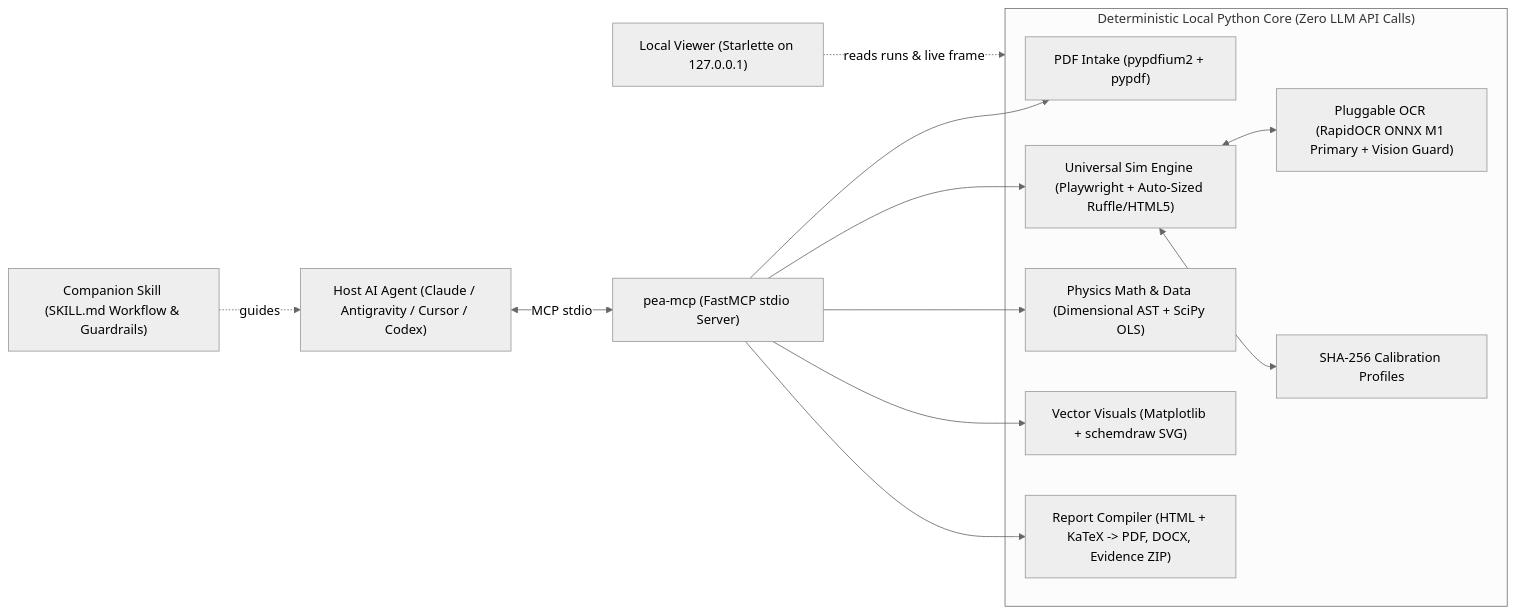
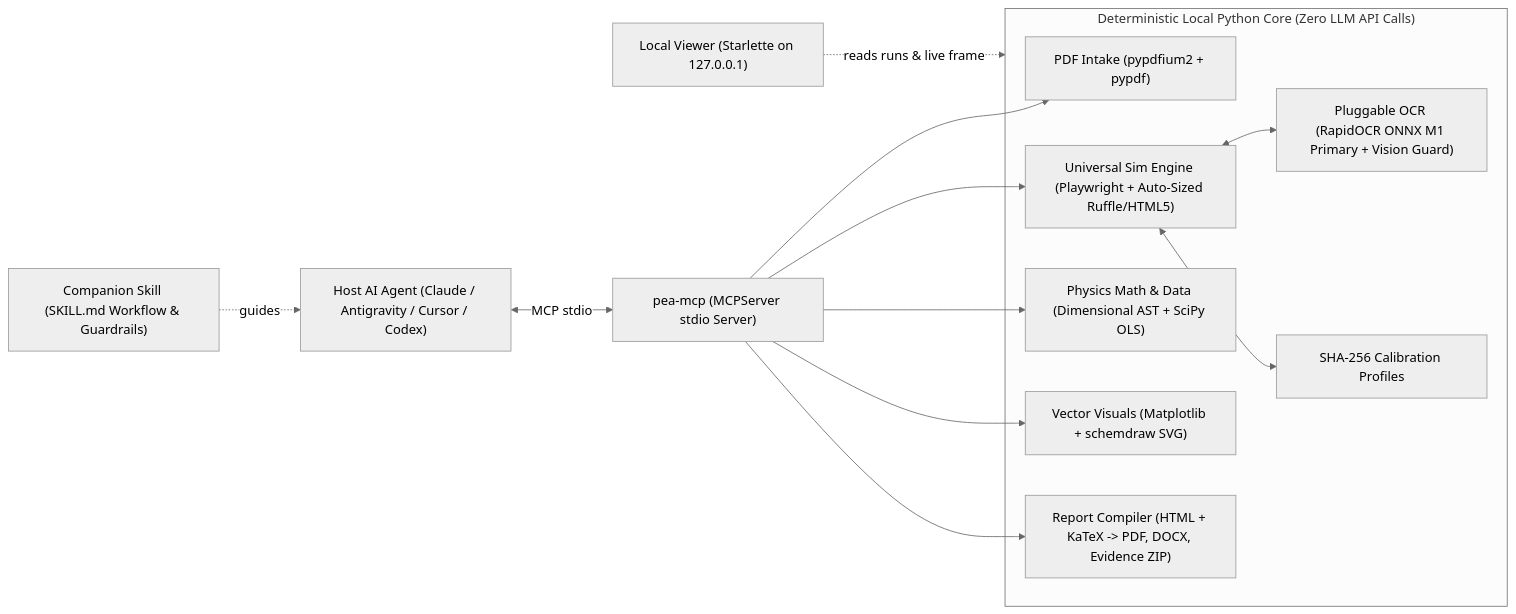
The diagram in PLAN_V2.md (Mottii/PEA), drawn with Mermaid (neutral theme) before and after one commit. The commit also changed other lines of this file and 15 other files, not shown here.

````diff
--- a/PLAN_V2.md
+++ b/PLAN_V2.md
@@ -27,28 +27,28 @@
 ```mermaid
 flowchart LR
     Host["Host AI Agent (Claude / Antigravity / Cursor / Codex)"]
     Skill["Companion Skill (SKILL.md Workflow & Guardrails)"]
-    MCP["pea-mcp (FastMCP stdio Server)"]
+    MCP["pea-mcp (MCPServer stdio Server)"]
     Viewer["Local Viewer (Starlette on 127.0.0.1)"]
 
     subgraph Core["Deterministic Local Python Core (Zero LLM API Calls)"]
         PDF["PDF Intake (pypdfium2 + pypdf)"]
         Sim["Universal Sim Engine (Playwright + Auto-Sized Ruffle/HTML5)"]
         OCR["Pluggable OCR (RapidOCR ONNX M1 Primary + Vision Guard)"]
         Profiles["SHA-256 Calibration Profiles"]
         Math["Physics Math & Data (Dimensional AST + SciPy OLS)"]
         Viz["Vector Visuals (Matplotlib + schemdraw SVG)"]
         Rep["Report Compiler (HTML + KaTeX -> PDF, DOCX, Evidence ZIP)"]
     end
 
     Skill -. "guides" .-> Host
     Host <-->|"MCP stdio"| MCP
     MCP --> PDF
     MCP --> Sim
     Sim <--> OCR
     Sim <--> Profiles
     MCP --> Math
     MCP --> Viz
     MCP --> Rep
     Viewer -. "reads runs & live frame" .-> Core
 ```
````
